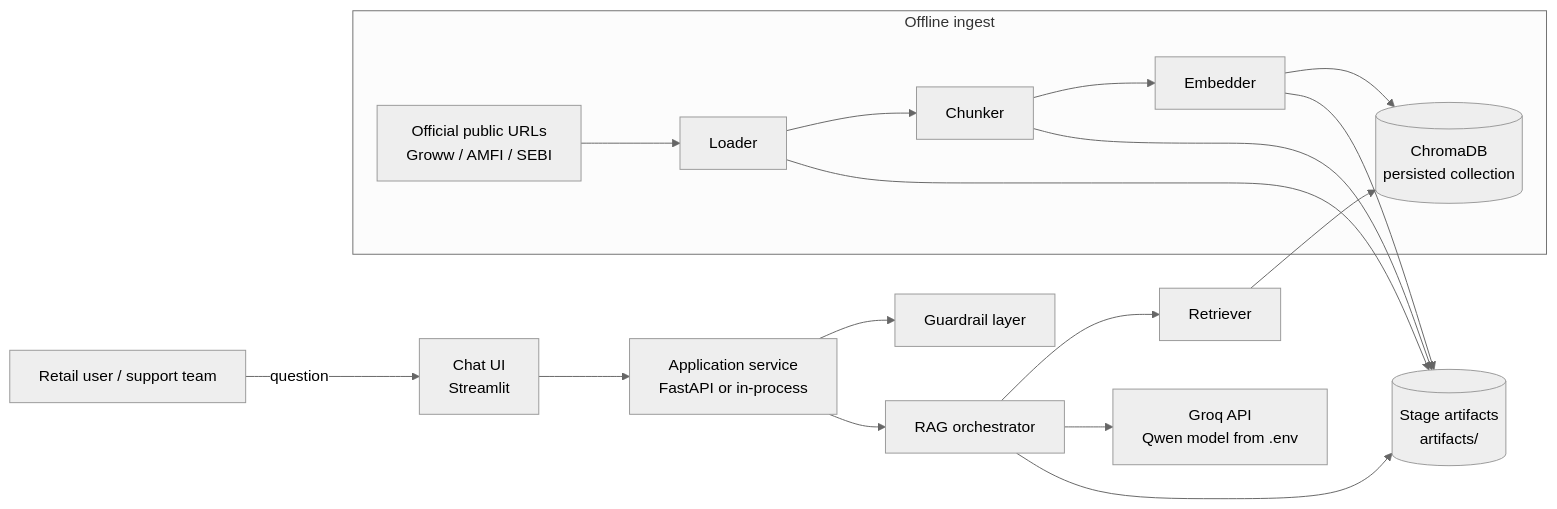
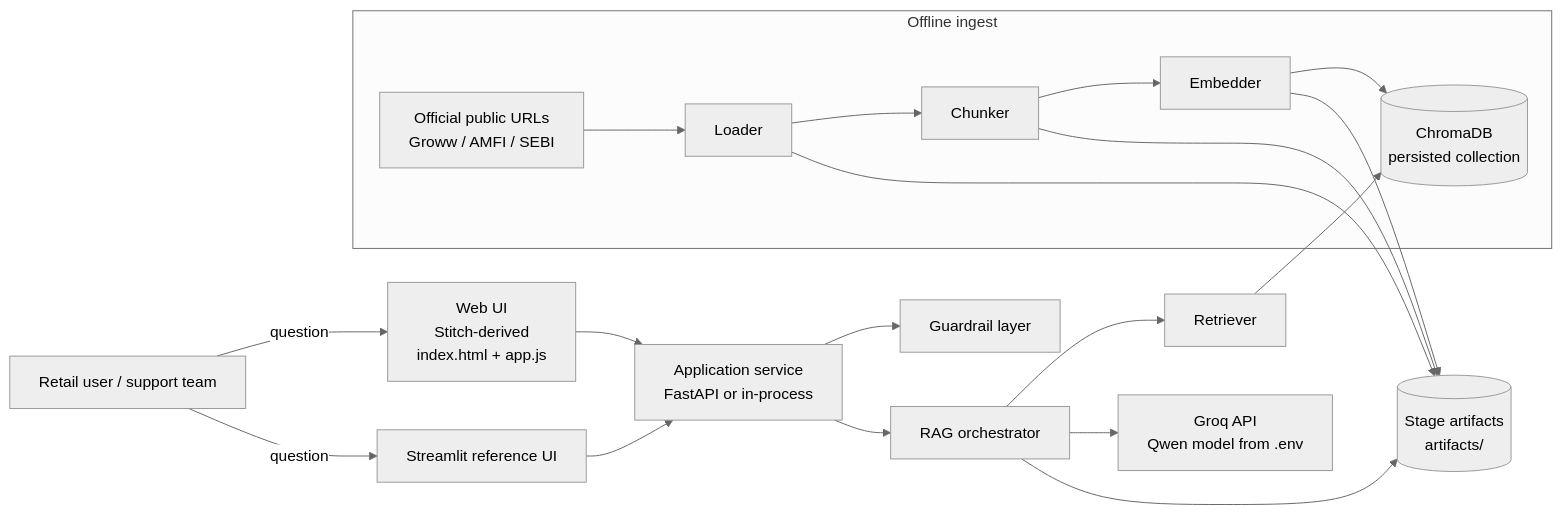
One commit to hivani/chatbot changed the first of 3 diagrams in architecture.md. Above: the diagram before and after it, drawn with Mermaid (neutral theme). The commit also changed other lines of this file and 8 other files, not shown here.

````diff
--- a/architecture.md
+++ b/architecture.md
@@ -36,22 +55,24 @@
 ```mermaid
 flowchart LR
-    U[Retail user / support team] -->|question| UI[Chat UI<br/>Streamlit]
-    UI --> API[Application service<br/>FastAPI or in-process]
+    U[Retail user / support team] -->|question| WEB[Web UI<br/>Stitch-derived<br/>index.html + app.js]
+    U -->|question| ST[Streamlit reference UI]
+    WEB --> API[Application service<br/>FastAPI or in-process]
+    ST --> API
     API --> G[Guardrail layer]
     API --> R[RAG orchestrator]
     R --> RET[Retriever]
     RET --> VDB[(ChromaDB<br/>persisted collection)]
     R --> LLM[Groq API<br/>Qwen model from .env]
 
     subgraph Offline ingest
         SRC[Official public URLs<br/>Groww / AMFI / SEBI] --> LOAD[Loader]
         LOAD --> CHUNK[Chunker]
         CHUNK --> EMB[Embedder]
         EMB --> VDB
     end
 
     R --> ART[(Stage artifacts<br/>artifacts/)]
     LOAD --> ART
     CHUNK --> ART
     EMB --> ART
 ```
````
